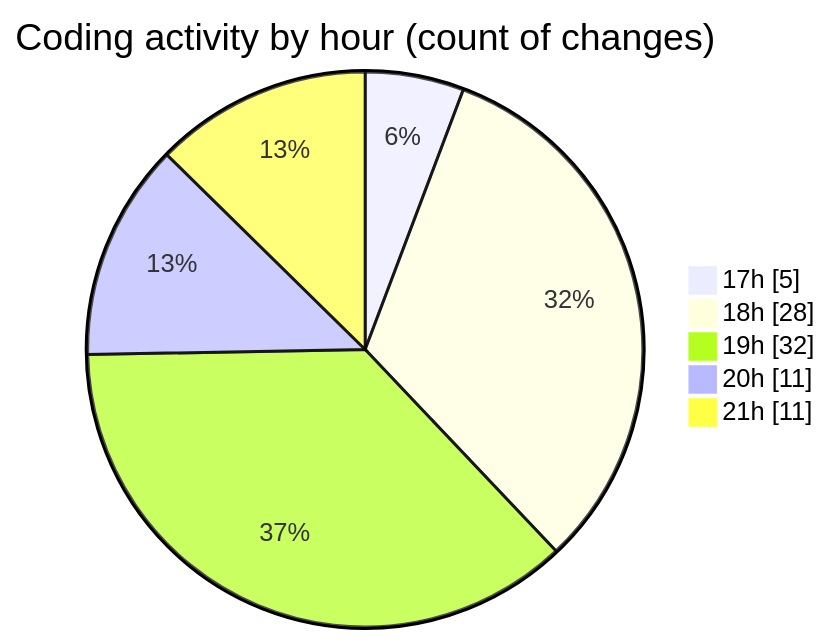
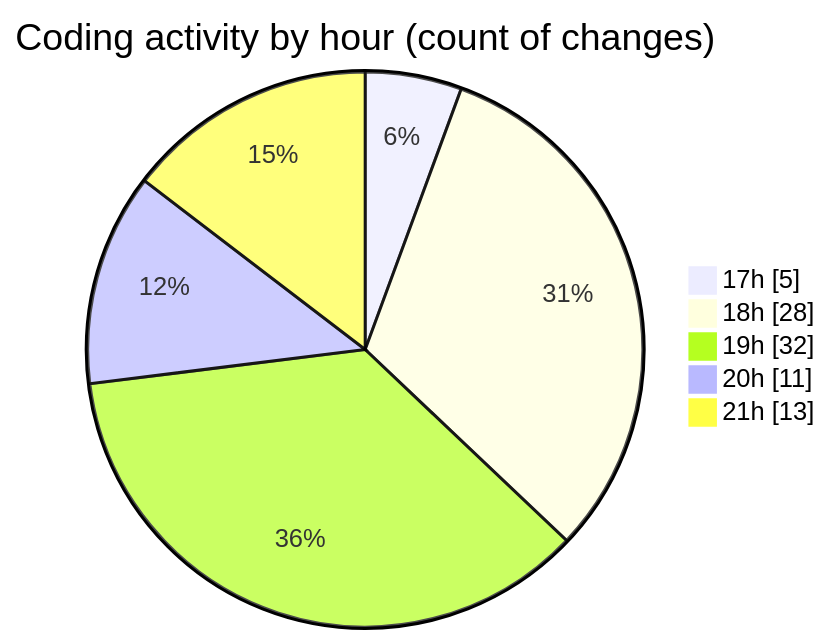
Before and after one commit to donsfak/code-tracking: the second of 2 diagrams in 2025-01-01/uber_clone/README.md, drawn with Mermaid. The commit also changed other lines of this file and 1 other file, not shown here.

````diff
--- a/2025-01-01/uber_clone/README.md
+++ b/2025-01-01/uber_clone/README.md
@@ -44,9 +44,9 @@
 ```mermaid
 pie showData
 title Coding activity by hour (count of changes)
 "17h" : 5
 "18h" : 28
 "19h" : 32
 "20h" : 11
-"21h" : 11
+"21h" : 13
 ```
````
